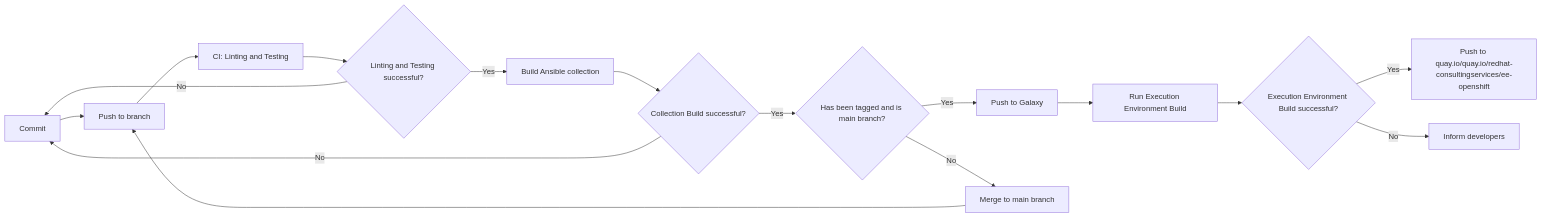
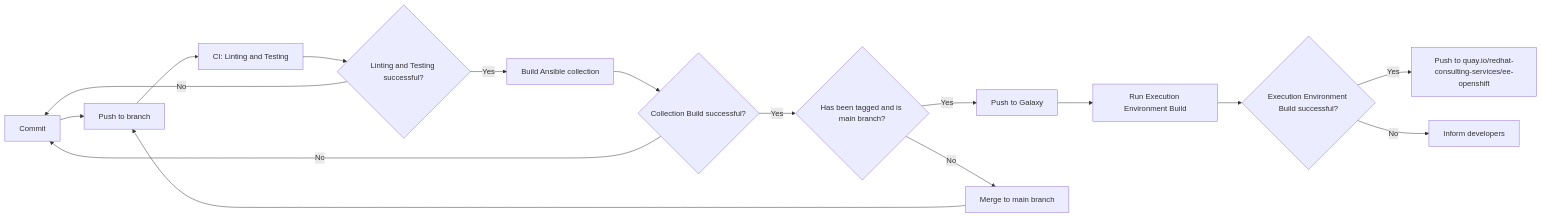
The diagram in README.md (redhat-consulting-services/ansible-collection-openshift), drawn with Mermaid before and after one commit. The commit also changed 3 other files, not shown here.

````diff
--- a/README.md
+++ b/README.md
@@ -85,35 +85,35 @@
 ```mermaid
 flowchart LR
     A[Commit]
     B[Push to branch]
 
     C[CI: Linting and Testing]
     C1{Linting and Testing successful?}
 
     D[Build Ansible collection]
     D1{Collection Build successful?}
     D2{Has been tagged and is main branch?}
     D3[Push to Galaxy]
 
     E[Merge to main branch]
 
     F[Run Execution Environment Build]
     F1{Execution Environment Build successful?}
-    F2[Push to quay.io/quay.io/redhat-consultingservices/ee-openshift]
+    F2[Push to quay.io/redhat-consulting-services/ee-openshift]
 
     G[Inform developers]
 
     A --> B --> C --> C1
     C1 -- Yes --> D --> D1
     D1 -- Yes --> D2
     D1 -- No --> A
 
     C1 -- No --> A
 
     D2 -- Yes --> D3
     D2 -- No --> E --> B
 
     D3 --> F --> F1
     F1 -- Yes --> F2
     F1 -- No --> G
 ```
````
